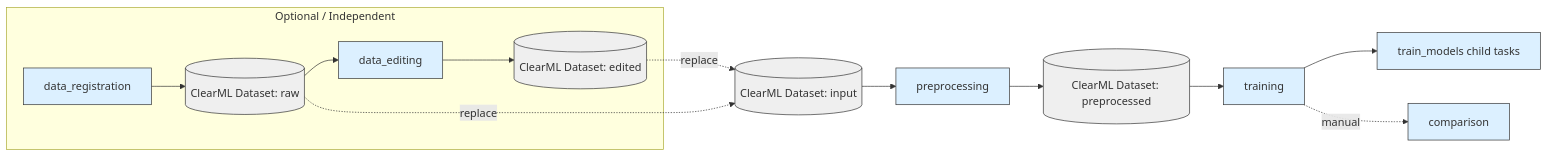
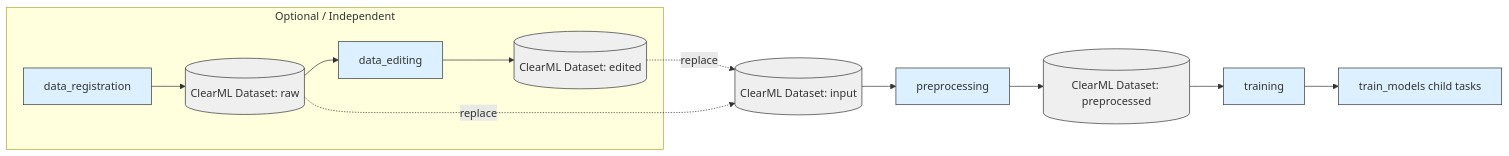
The first of 7 diagrams in README_dev.md (dkawa2523/automllibclearML2), drawn with Mermaid before and after one commit. The commit also changed other lines of this file and 182 other files, not shown here.

````diff
--- a/README_dev.md
+++ b/README_dev.md
@@ -369,22 +358,21 @@
 ```mermaid
 flowchart LR
   subgraph Optional[Optional / Independent]
     R[data_registration] --> DS_RAW[(ClearML Dataset: raw)]
     DS_RAW --> E[data_editing]
     E --> DS_EDIT[(ClearML Dataset: edited)]
   end
 
   DS_IN[(ClearML Dataset: input)] --> P[preprocessing]
   P --> DS_PRE[(ClearML Dataset: preprocessed)]
   DS_PRE --> T[training]
   T --> TM[train_models child tasks]
-  T -. manual .-> C[comparison]
 
   DS_EDIT -. replace .-> DS_IN
   DS_RAW -. replace .-> DS_IN
 
   classDef ds fill:#EFEFEF,stroke:#333,stroke-width:1px;
   classDef task fill:#DCF0FF,stroke:#333,stroke-width:1px;
   class DS_RAW,DS_EDIT,DS_IN,DS_PRE ds;
   class R,E,P,T,TM,C task;
 ```
````
